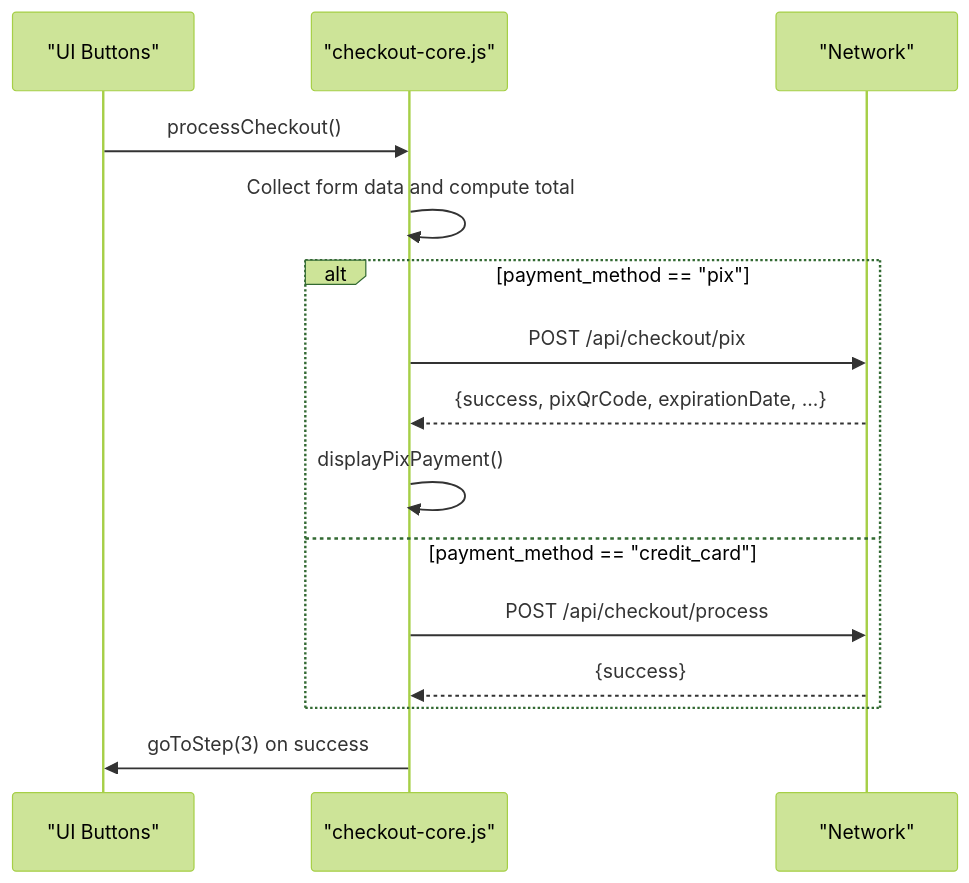
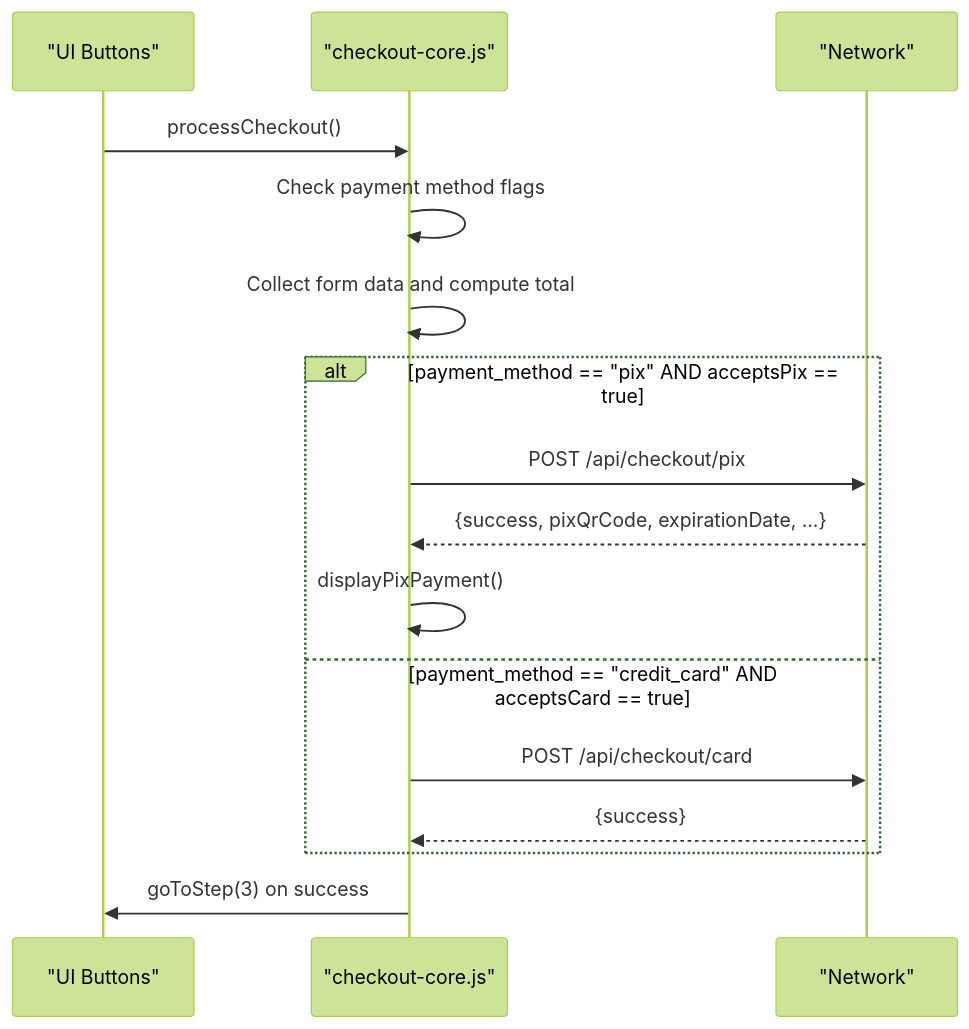
One commit to eromedrive2tb-gif/Avitrine changed the fifth of 8 diagrams in .qoder/repowiki/en/content/Payment Processing System/Payment Methods & Workflows.md. Above: the diagram before and after it, drawn with Mermaid (forest theme). The commit also changed other lines of this file and 18 other files, not shown here.

````diff
--- a/.qoder/repowiki/en/content/Payment Processing System/Payment Methods & Workflows.md
+++ b/.qoder/repowiki/en/content/Payment Processing System/Payment Methods & Workflows.md
@@ -221,17 +244,18 @@
 ```mermaid
 sequenceDiagram
 participant UI as "UI Buttons"
 participant Core as "checkout-core.js"
 participant Net as "Network"
 UI->>Core : processCheckout()
+Core->>Core : Check payment method flags
 Core->>Core : Collect form data and compute total
-alt payment_method == "pix"
+alt payment_method == "pix" AND acceptsPix == true
 Core->>Net : POST /api/checkout/pix
 Net-->>Core : {success, pixQrCode, expirationDate, ...}
 Core->>Core : displayPixPayment()
-else payment_method == "credit_card"
-Core->>Net : POST /api/checkout/process
+else payment_method == "credit_card" AND acceptsCard == true
+Core->>Net : POST /api/checkout/card
 Net-->>Core : {success}
 end
 Core->>UI : goToStep(3) on success
 ```
````
